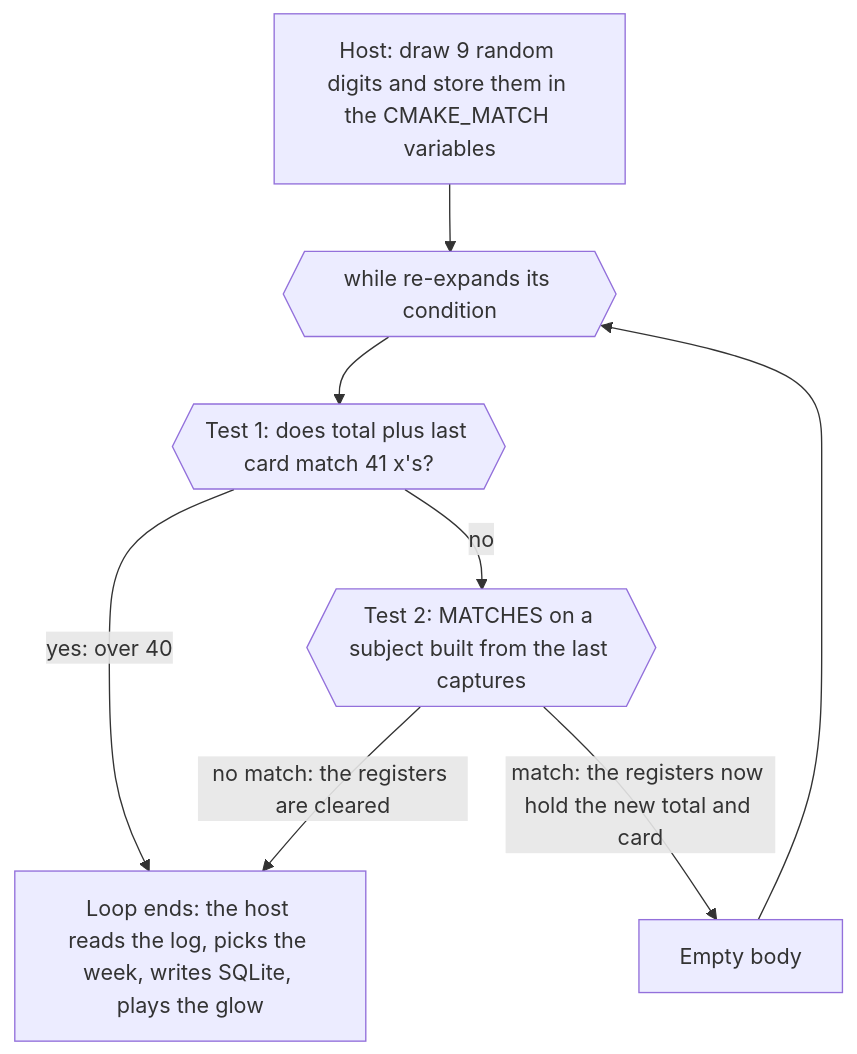
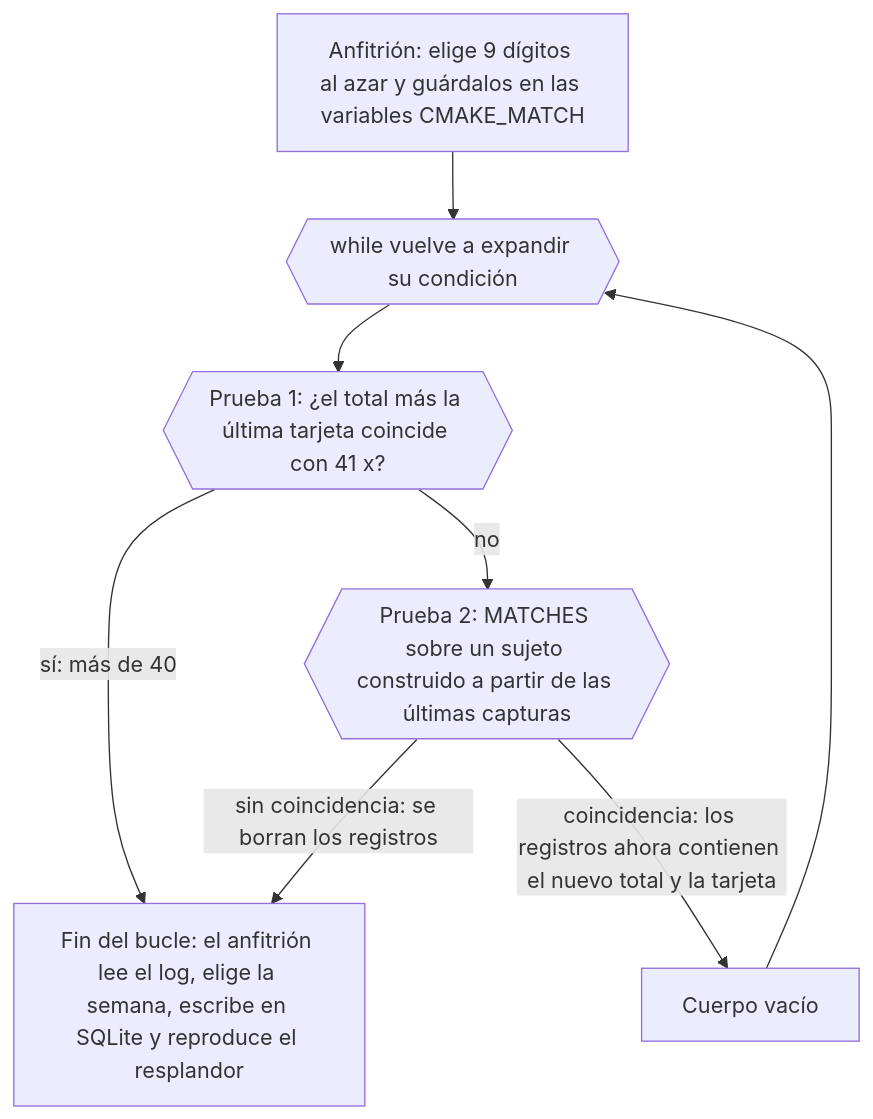
One commit to dullroar/aprende-a-programar-como-un-bicho-raro changed the diagram in src/cmake/README.md. Above: the diagram before and after it, drawn with Mermaid. The commit also changed other lines of this file and 15 other files, not shown here.

Commit message:
loop(P4-src-4): awk-weird, awk, cmake READMEs translated (172 segments); I7/I9 waivers; cmake diagram labels fixed

````diff
--- a/src/cmake/README.md
+++ b/src/cmake/README.md
@@ -42,12 +42,12 @@
 ```mermaid
 flowchart TD
-    accTitle: cmake: one while with an empty body, whose condition is a register machine
-    accDescr: A flowchart. Before the loop, the host draws a tape of nine random digits and stores it in the CMAKE_MATCH variables, which are the registers. Each time around, while re-expands its condition. The first test says no if the total so far plus the last card matches a literal of 41 x characters. The second test builds a subject string and a pattern out of the previous captures, splices in the last digit, and matches, which captures the next hours row and rewrites all the registers. If both tests pass, the empty body runs and the loop goes round again. If a test fails, the loop ends, and the host reads the log, picks the ISO week, writes SQLite and plays the glow.
-    A["Host: draw 9 random digits and store them in the CMAKE_MATCH variables"] --> B{{"while re-expands its condition"}}
-    B --> C{{"Test 1: does total plus last card match 41 x's?"}}
-    C -->|"yes: over 40"| G["Loop ends: the host reads the log, picks the week, writes SQLite, plays the glow"]
-    C -->|no| D{{"Test 2: MATCHES on a subject built from the last captures"}}
-    D -->|"match: the registers now hold the new total and card"| E["Empty body"]
+    accTitle: cmake: un while con cuerpo vacío, cuya condición es una máquina de registros
+    accDescr: Un diagrama de flujo. Antes del bucle, el anfitrión genera una cinta de nueve dígitos aleatorios y la guarda en las variables CMAKE_MATCH, que son los registros. En cada vuelta, while vuelve a expandir su condición. La primera prueba responde que no si el total acumulado más la última tarjeta coincide con un literal de 41 caracteres x. La segunda prueba construye una cadena de texto sujeto y un patrón a partir de las capturas anteriores, inserta el último dígito y ejecuta la coincidencia. Esa coincidencia captura la siguiente fila de horas y reescribe todos los registros. Si ambas pruebas pasan, se ejecuta el cuerpo vacío y el bucle da otra vuelta. Si una prueba falla, el bucle termina y el anfitrión lee el log, elige la semana ISO, escribe en SQLite y reproduce el resplandor.
+    A["Anfitrión: elige 9 dígitos al azar y guárdalos en las variables CMAKE_MATCH"] --> B{{"while vuelve a expandir su condición"}}
+    B --> C{{"Prueba 1: ¿el total más la última tarjeta coincide con 41 x?"}}
+    C -->|"sí: más de 40"| G["Fin del bucle: el anfitrión lee el log, elige la semana, escribe en SQLite y reproduce el resplandor"]
+    C -->|no| D{{"Prueba 2: MATCHES sobre un sujeto construido a partir de las últimas capturas"}}
+    D -->|"coincidencia: los registros ahora contienen el nuevo total y la tarjeta"| E["Cuerpo vacío"]
     E --> B
-    D -->|"no match: the registers are cleared"| G
+    D -->|"sin coincidencia: se borran los registros"| G
 ```
````
